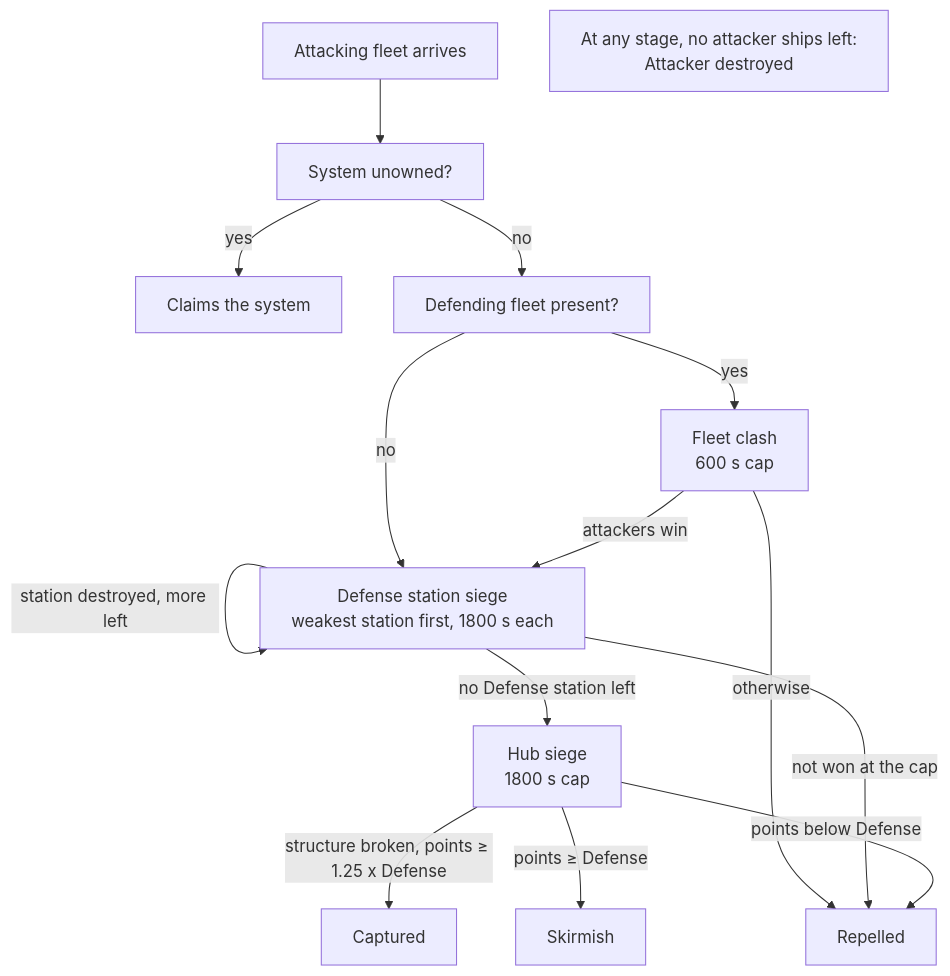
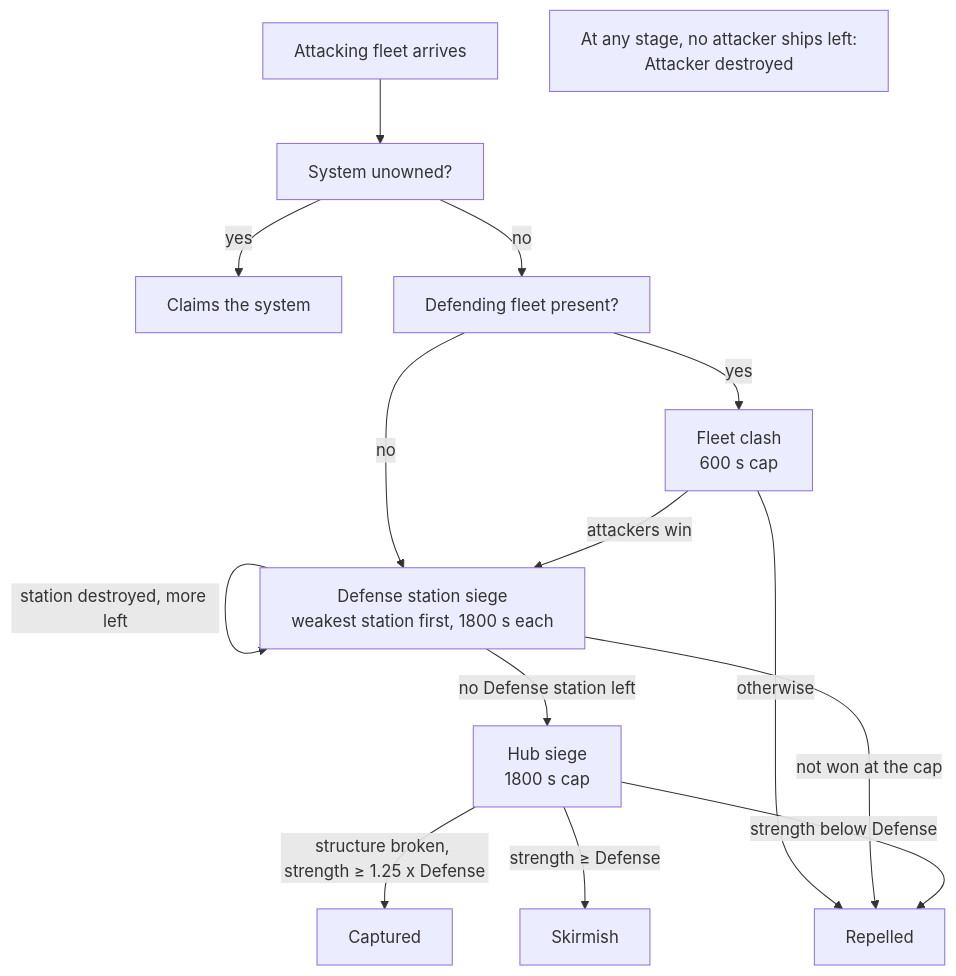
The first of 4 diagrams in docs/mechanics/conquest/war.md (williammabernathy/Igi-s-QoL-Modpack), drawn with Mermaid before and after one commit. The commit also changed other lines of this file and 78 other files, not shown here.

````diff
--- a/docs/mechanics/conquest/war.md
+++ b/docs/mechanics/conquest/war.md
@@ -246,22 +273,22 @@
 ```mermaid
 ---
 config:
   flowchart:
     wrappingWidth: 320
 ---
 flowchart TD
     A["Attacking fleet arrives"] --> B["System unowned?"]
     B -- yes --> C["Claims the system"]
     B -- no --> D["Defending fleet present?"]
     D -- yes --> E["Fleet clash<br/>600 s cap"]
     D -- no --> F
     E -- "attackers win" --> F["Defense station siege<br/>weakest station first, 1800 s each"]
     E -- "otherwise" --> G["Repelled"]
     F -- "station destroyed, more left" --> F
     F -- "no Defense station left" --> H["Hub siege<br/>1800 s cap"]
     F -- "not won at the cap" --> G
-    H -- "structure broken, points ≥ 1.25 x Defense" --> I["Captured"]
-    H -- "points ≥ Defense" --> J["Skirmish"]
-    H -- "points below Defense" --> G
+    H -- "structure broken, strength ≥ 1.25 x Defense" --> I["Captured"]
+    H -- "strength ≥ Defense" --> J["Skirmish"]
+    H -- "strength below Defense" --> G
     K["At any stage, no attacker ships left:<br/>Attacker destroyed"]
 ```
````
